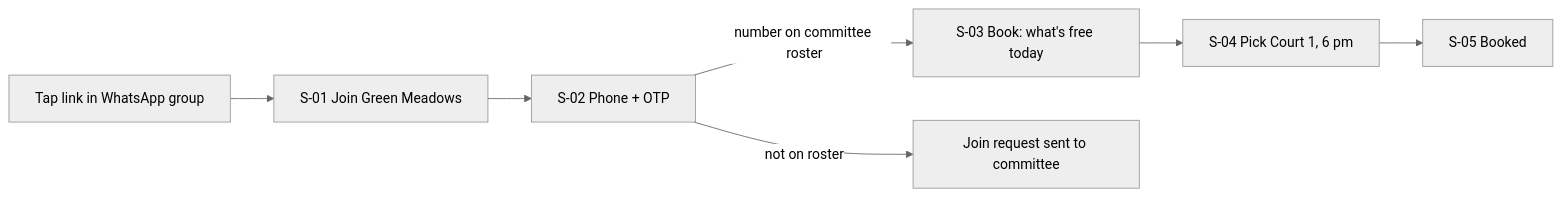
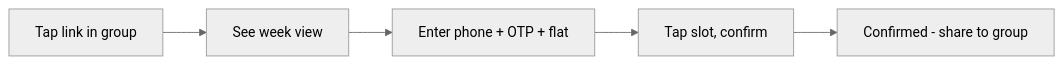
The second of 4 diagrams in examples/idea-pack-clubslot/docs/product/DESIGN_DIRECTION.md (sairam5294/makerline), drawn with Mermaid (neutral theme) before and after one commit. The commit also changed other lines of this file and 40 other files, not shown here.

````diff
--- a/examples/idea-pack-clubslot/docs/product/DESIGN_DIRECTION.md
+++ b/examples/idea-pack-clubslot/docs/product/DESIGN_DIRECTION.md
@@ -44,8 +47,4 @@
 ```mermaid
 flowchart LR
-  A[Tap link in WhatsApp group] --> B[S-01 Join Green Meadows]
-  B --> C[S-02 Phone + OTP]
-  C -->|number on committee roster| D[S-03 Book: what's free today]
-  C -->|not on roster| E[Join request sent to committee]
-  D --> F[S-04 Pick Court 1, 6 pm] --> G[S-05 Booked]
+  Link[Tap link in group] --> Week[See week view] --> OTP[Enter phone + OTP + flat] --> Slot[Tap slot, confirm] --> Aha[Confirmed - share to group]
 ```
````
